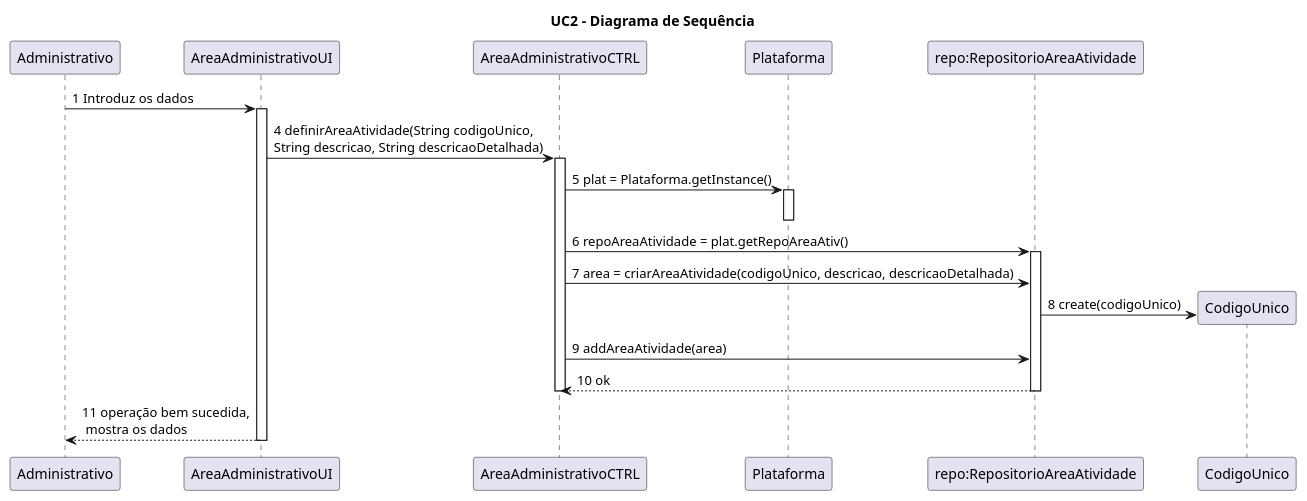
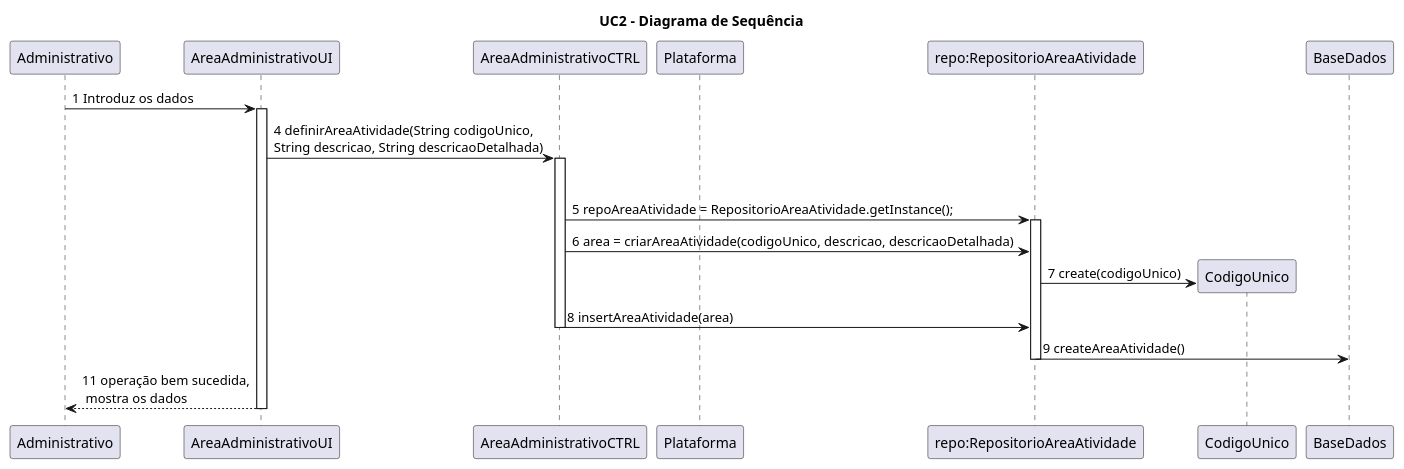
The diagram in Análise/UC2_Definir_Área_de_Actividade/UC2_SD.plantuml (pedro-miguez/upskill_java1_labprg_grupo3), drawn with PlantUML before and after one commit. The commit also changed 3 other files, not shown here.

```diff
--- a/Análise/UC2_Definir_Área_de_Actividade/UC2_SD.plantuml
+++ b/Análise/UC2_Definir_Área_de_Actividade/UC2_SD.plantuml
@@ -1,30 +1,28 @@
 @startumluc2
 
 title UC2 - Diagrama de Sequência
 
 participant Administrativo
 participant AreaAdministrativoUI
 participant AreaAdministrativoCTRL
 participant Plataforma 
 
 
 Administrativo -> AreaAdministrativoUI: 1 Introduz os dados
 activate AreaAdministrativoUI
 AreaAdministrativoUI -> AreaAdministrativoCTRL: 4 definirAreaAtividade(String codigoUnico, \nString descricao, String descricaoDetalhada)
 activate AreaAdministrativoCTRL
-AreaAdministrativoCTRL -> Plataforma: 5 plat = Plataforma.getInstance()
-activate Plataforma
 deactivate Plataforma
-AreaAdministrativoCTRL -> "repo:RepositorioAreaAtividade" : 6 repoAreaAtividade = plat.getRepoAreaAtiv()
+AreaAdministrativoCTRL -> "repo:RepositorioAreaAtividade" : 5 repoAreaAtividade = RepositorioAreaAtividade.getInstance();
 activate "repo:RepositorioAreaAtividade"
-AreaAdministrativoCTRL -> "repo:RepositorioAreaAtividade" : 7 area = criarAreaAtividade(codigoUnico, descricao, descricaoDetalhada)
-"repo:RepositorioAreaAtividade" -> CodigoUnico ** : 8 create(codigoUnico)
-AreaAdministrativoCTRL -> "repo:RepositorioAreaAtividade" : 9 addAreaAtividade(area)
-"repo:RepositorioAreaAtividade" --> AreaAdministrativoCTRL : 10 ok
+AreaAdministrativoCTRL -> "repo:RepositorioAreaAtividade" : 6 area = criarAreaAtividade(codigoUnico, descricao, descricaoDetalhada)
+"repo:RepositorioAreaAtividade" -> CodigoUnico ** : 7 create(codigoUnico)
+AreaAdministrativoCTRL -> "repo:RepositorioAreaAtividade" : 8 insertAreaAtividade(area)
+deactivate AreaAdministrativoCTRL
+"repo:RepositorioAreaAtividade" -> "BaseDados" : 9 createAreaAtividade()
 deactivate "repo:RepositorioAreaAtividade"
-deactivate AreaAdministrativoCTRL
 AreaAdministrativoUI --> Administrativo: 11 operação bem sucedida,\n mostra os dados
 deactivate AreaAdministrativoUI
 
 
 @endumluc2
```
